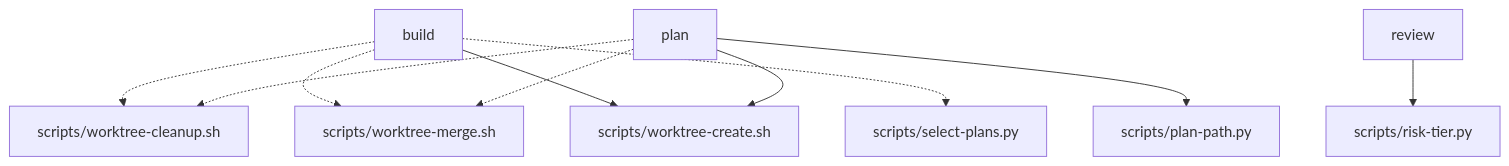
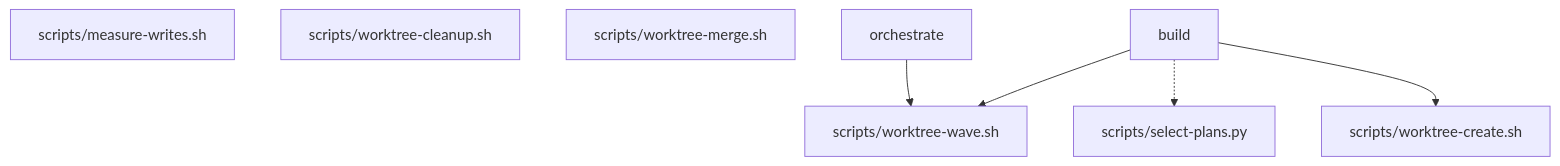
One commit to alecegg/varde changed the fifth of 8 diagrams in skills/varde-change/FLOW.md. Above: the diagram before and after it, drawn with Mermaid. The commit also changed other lines of this file and 1293 other files, not shown here.

````diff
--- a/skills/varde-change/FLOW.md
+++ b/skills/varde-change/FLOW.md
@@ -173,21 +95,15 @@
 ```mermaid
 flowchart TD
-  n0["scripts/plan-path.py"]
-  n1["scripts/risk-tier.py"]
-  n2["scripts/select-plans.py"]
-  n3["scripts/worktree-cleanup.sh"]
-  n4["scripts/worktree-create.sh"]
-  n5["scripts/worktree-merge.sh"]
+  n0["scripts/measure-writes.sh"]
+  n1["scripts/select-plans.py"]
+  n2["scripts/worktree-cleanup.sh"]
+  n3["scripts/worktree-create.sh"]
+  n4["scripts/worktree-merge.sh"]
+  n5["scripts/worktree-wave.sh"]
   n6["build"]
-  n7["plan"]
-  n8["review"]
-  n6 -.-> n3
-  n6 -.-> n5
-  n6 --> n4
-  n6 -.-> n2
-  n7 --> n0
-  n7 -.-> n3
-  n7 --> n4
-  n7 -.-> n5
-  n8 --> n1
+  n7["orchestrate"]
+  n6 --> n5
+  n6 -.-> n1
+  n6 --> n3
+  n7 --> n5
 ```
````
